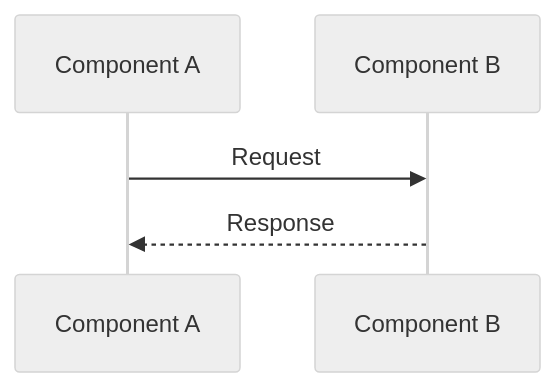
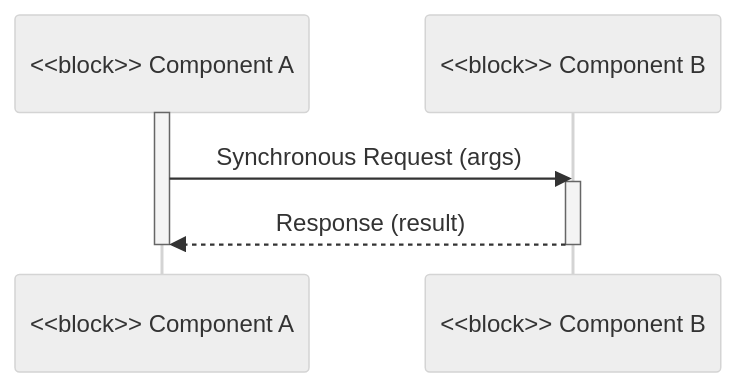
One commit to kmt-t/fireball changed the second of 3 diagrams in docs/architecture/FORMAT.md. Above: the diagram before and after it, drawn with Mermaid (neutral theme). The commit also changed other lines of this file and 13 other files, not shown here.

````diff
--- a/docs/architecture/FORMAT.md
+++ b/docs/architecture/FORMAT.md
@@ -43,7 +111,12 @@
 ```mermaid
 sequenceDiagram
-    participant A as Component A
-    participant B as Component B
-    A->>B: Request
-    B-->>A: Response
+    participant A as <<block>> Component A
+    participant B as <<block>> Component B
+    
+    activate A
+    A->>B: Synchronous Request (args)
+    activate B
+    B-->>A: Response (result)
+    deactivate B
+    deactivate A
 ```
````
